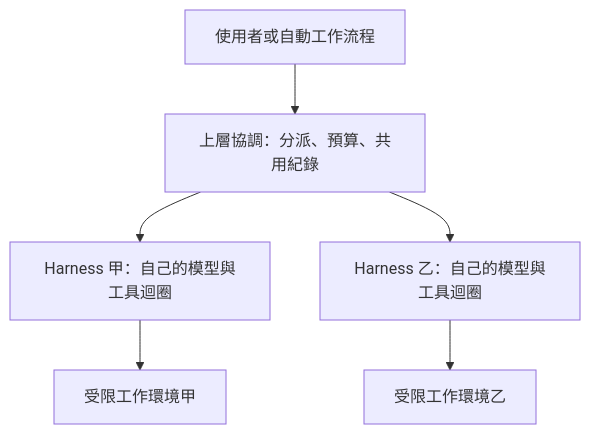
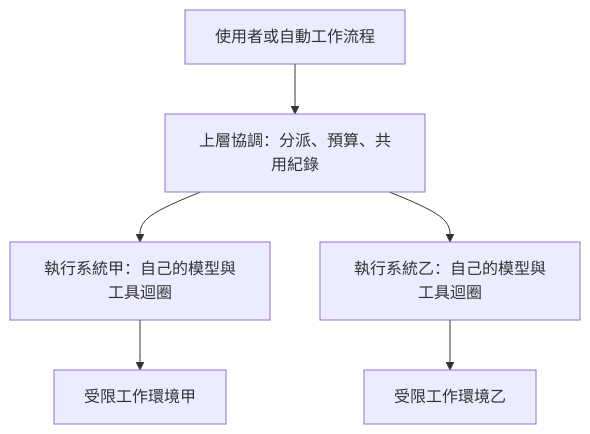
One commit to wizardhsiehcom/book changed the diagram in docs/harness-engineering/15-platform-turn.md. Above: the diagram before and after it, drawn with Mermaid. The commit also changed other lines of this file and 26 other files, not shown here.

````diff
--- a/docs/harness-engineering/15-platform-turn.md
+++ b/docs/harness-engineering/15-platform-turn.md
@@ -46,8 +52,8 @@
 ```mermaid
 flowchart TD
     U["使用者或自動工作流程"] --> C["上層協調：分派、預算、共用紀錄"]
-    C --> A["Harness 甲：自己的模型與工具迴圈"]
-    C --> B["Harness 乙：自己的模型與工具迴圈"]
+    C --> A["執行系統甲：自己的模型與工具迴圈"]
+    C --> B["執行系統乙：自己的模型與工具迴圈"]
     A --> WA["受限工作環境甲"]
     B --> WB["受限工作環境乙"]
 ```
````
